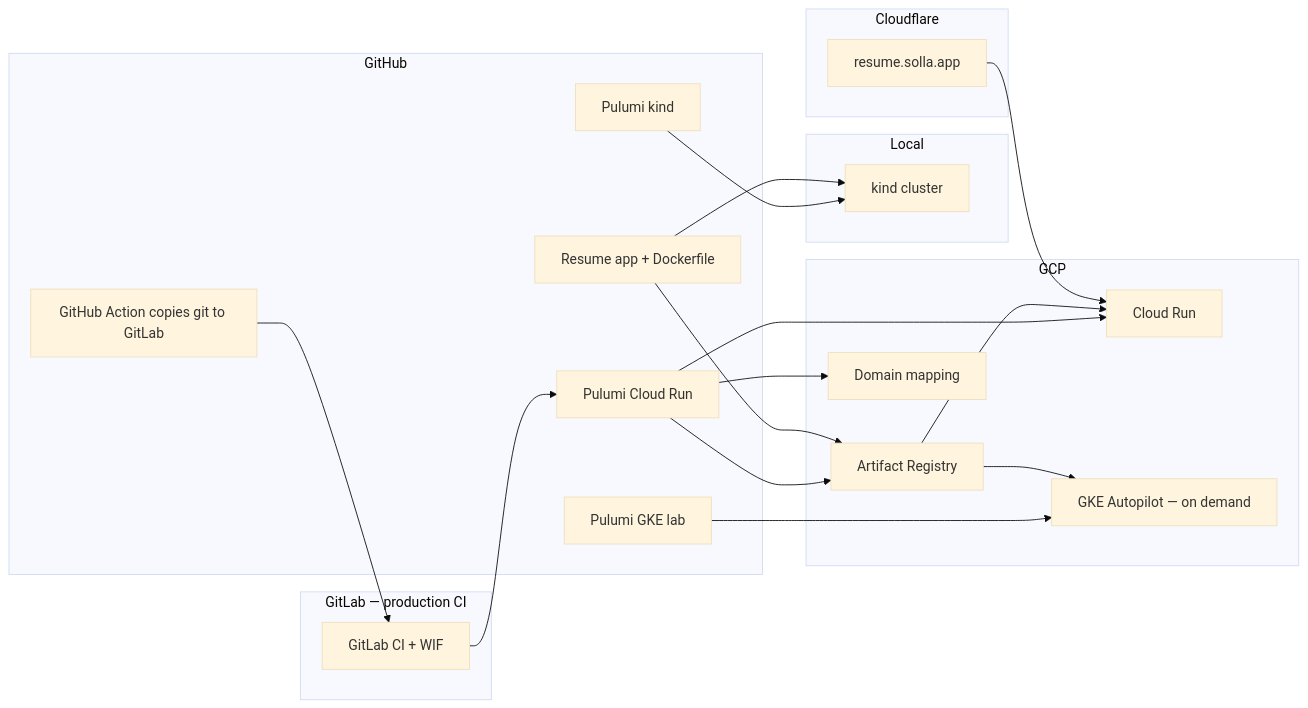
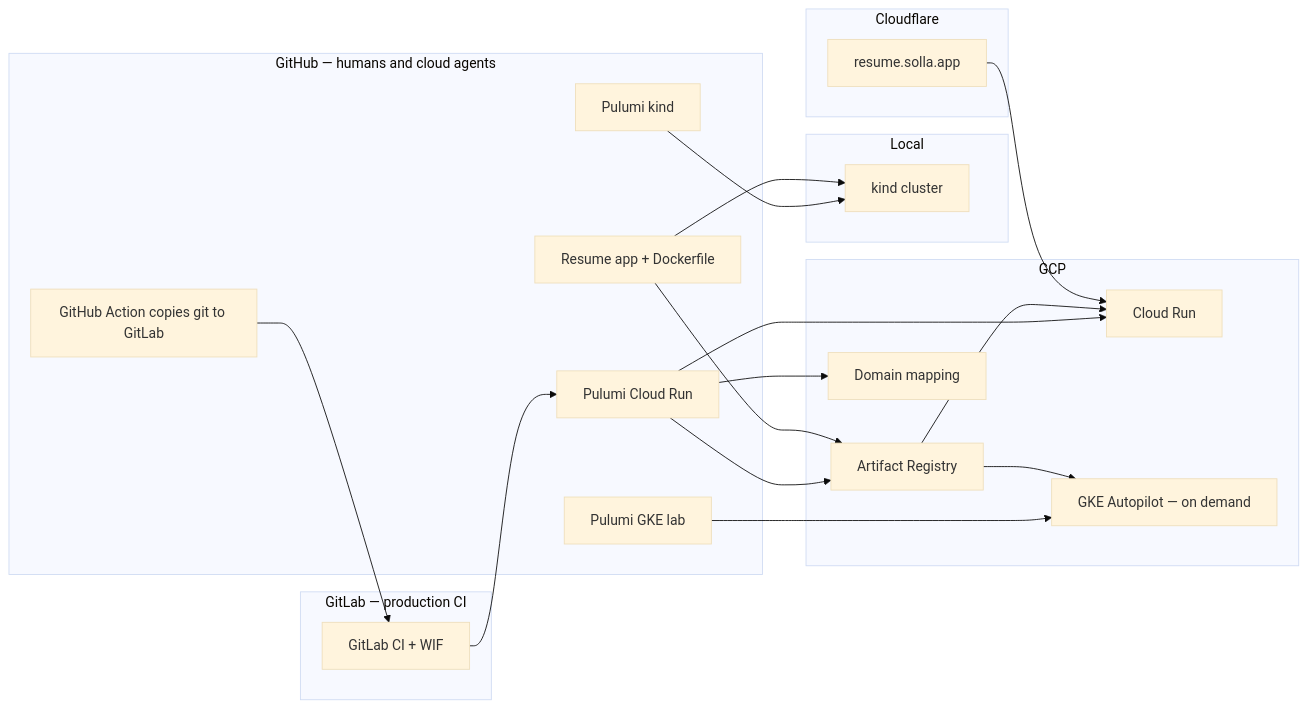
One commit to michaelsolla/pulumi-cloud-solla-resume changed the diagram in docs/PLAN.md. Above: the diagram before and after it, drawn with Mermaid (base theme). The commit also changed other lines of this file and 5 other files, not shown here.

First line of the commit message:
docs: show humans and cloud agents as first-class on the diagrams

````diff
--- a/docs/PLAN.md
+++ b/docs/PLAN.md
@@ -15,42 +15,42 @@
 ```mermaid
 flowchart LR
-  subgraph github [GitHub]
+  subgraph github [GitHub — humans and cloud agents]
     App[Resume app + Dockerfile]
     PulumiCR[Pulumi Cloud Run]
     PulumiKind[Pulumi kind]
     PulumiGKE[Pulumi GKE lab]
     Copy[GitHub Action copies git to GitLab]
   end
 
   subgraph gitlab [GitLab — production CI]
     CI[GitLab CI + WIF]
   end
 
   subgraph local [Local]
     Kind[kind cluster]
   end
 
   subgraph gcp [GCP]
     AR[Artifact Registry]
     CR[Cloud Run]
     DM[Domain mapping]
     GKE[GKE Autopilot — on demand]
   end
 
   subgraph dns [Cloudflare]
     DNS[resume.solla.app]
   end
 
   Copy --> CI
   CI --> PulumiCR
   PulumiCR --> AR
   PulumiCR --> CR
   PulumiCR --> DM
   App --> AR
   AR --> CR
   DNS --> CR
   PulumiKind --> Kind
   App --> Kind
   PulumiGKE --> GKE
   AR --> GKE
 ```
````
